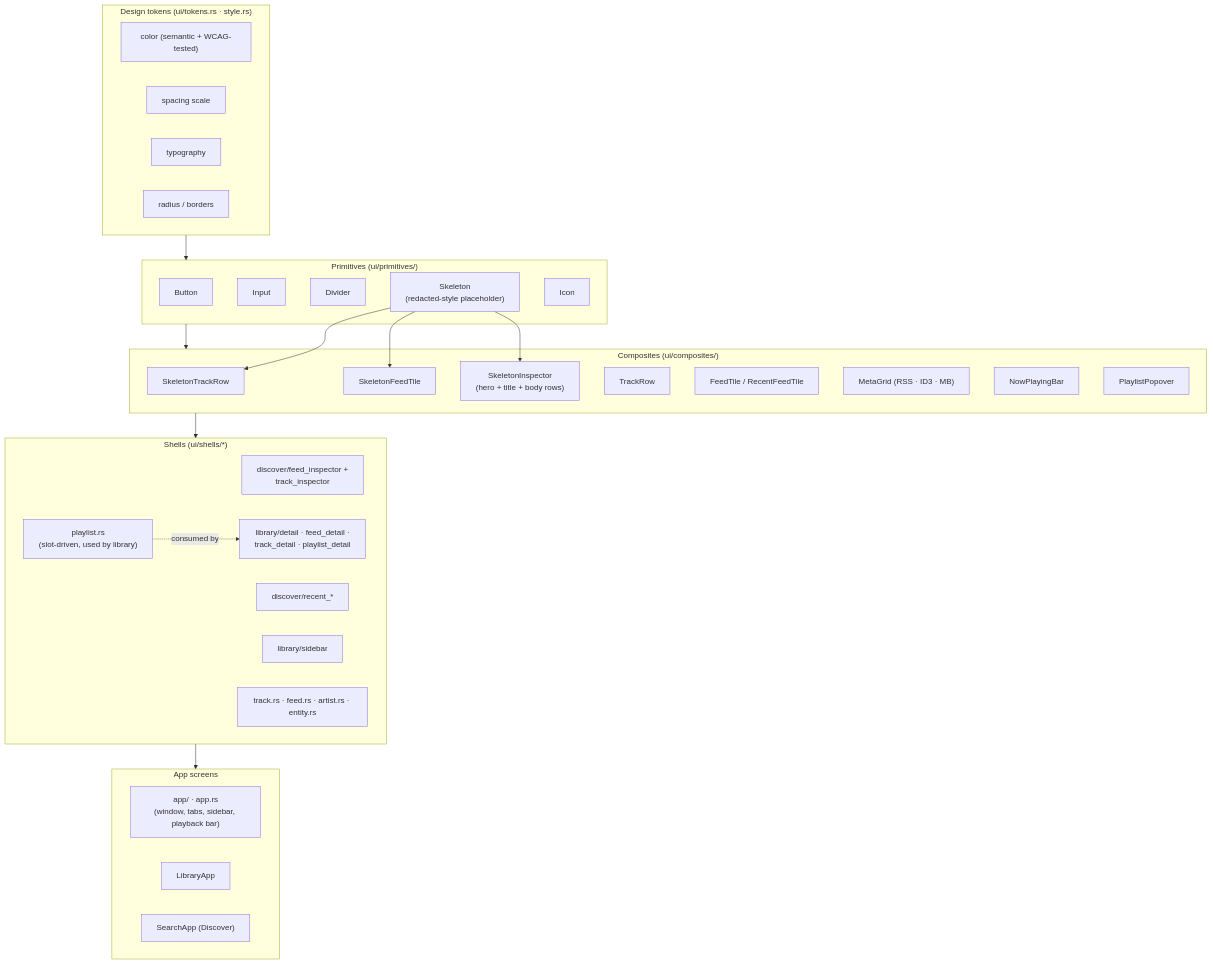
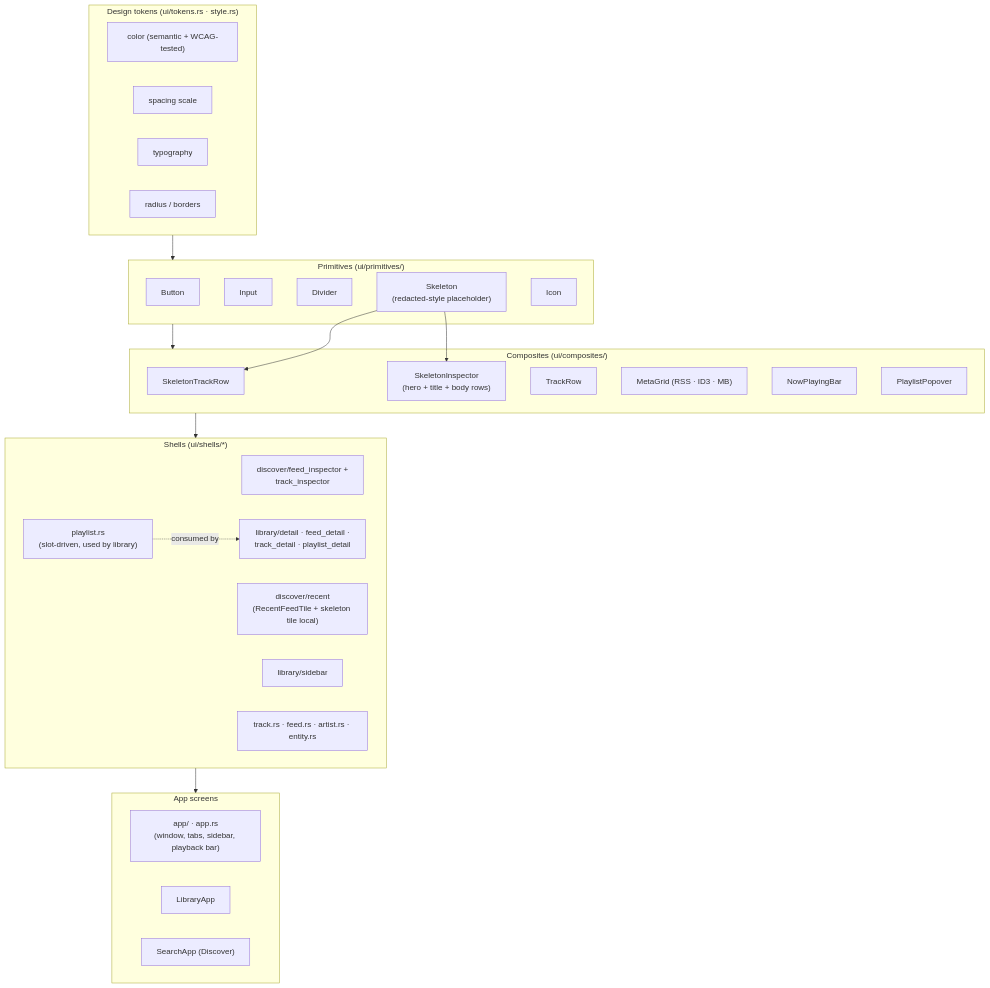
One commit to InTheMorning/v4vmm changed the third of 5 diagrams in docs/architecture/architecture-current-snapshot.md. Above: the diagram before and after it, drawn with Mermaid. The commit also changed other lines of this file and 9 other files, not shown here.

````diff
--- a/docs/architecture/architecture-current-snapshot.md
+++ b/docs/architecture/architecture-current-snapshot.md
@@ -259,47 +259,45 @@
 ```mermaid
 graph TD
     subgraph Tokens["Design tokens (ui/tokens.rs · style.rs)"]
         TColor["color (semantic + WCAG-tested)"]
         TSpace["spacing scale"]
         TType["typography"]
         TRadius["radius / borders"]
     end
 
     subgraph Prims["Primitives (ui/primitives/)"]
         PBtn["Button"]
         PInput["Input"]
         PDiv["Divider"]
         PSkel["Skeleton<br/>(redacted-style placeholder)"]
         PIcon["Icon"]
     end
 
     subgraph Comps["Composites (ui/composites/)"]
         CSkelTrack["SkeletonTrackRow"]
-        CSkelFeed["SkeletonFeedTile"]
         CSkelIns["SkeletonInspector<br/>(hero + title + body rows)"]
         CTrackRow["TrackRow"]
-        CFeedTile["FeedTile / RecentFeedTile"]
         CMetaGrid["MetaGrid (RSS · ID3 · MB)"]
         CNPBar["NowPlayingBar"]
         CPlPop["PlaylistPopover"]
     end
 
     subgraph Shells["Shells (ui/shells/*)"]
         ShDiscInsp["discover/feed_inspector +<br/>track_inspector"]
-        ShDiscRecent["discover/recent_*"]
+        ShDiscRecent["discover/recent<br/>(RecentFeedTile + skeleton tile local)"]
         ShLibDetail["library/detail · feed_detail ·<br/>track_detail · playlist_detail"]
         ShLibSidebar["library/sidebar"]
         ShPlaylist["playlist.rs<br/>(slot-driven, used by library)"]
         ShTrack["track.rs · feed.rs · artist.rs · entity.rs"]
     end
 
     subgraph AppScreens["App screens"]
         AppRoot["app/ · app.rs<br/>(window, tabs, sidebar, playback bar)"]
         LibScr["LibraryApp"]
         DiscScr["SearchApp (Discover)"]
     end
 
     Tokens --> Prims --> Comps --> Shells --> AppScreens
-    PSkel --> CSkelTrack & CSkelFeed & CSkelIns
+    PSkel --> CSkelTrack & CSkelIns
     ShPlaylist -. consumed by .-> ShLibDetail
 ```
````
